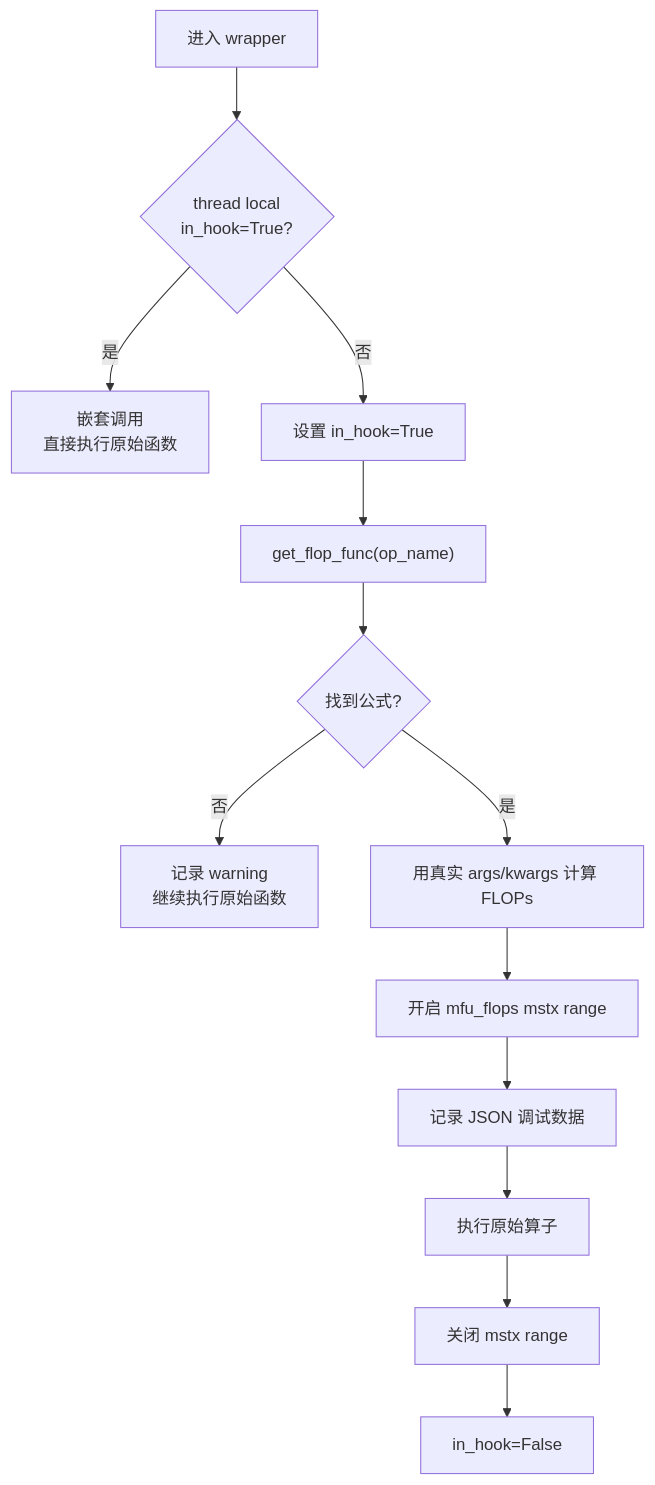
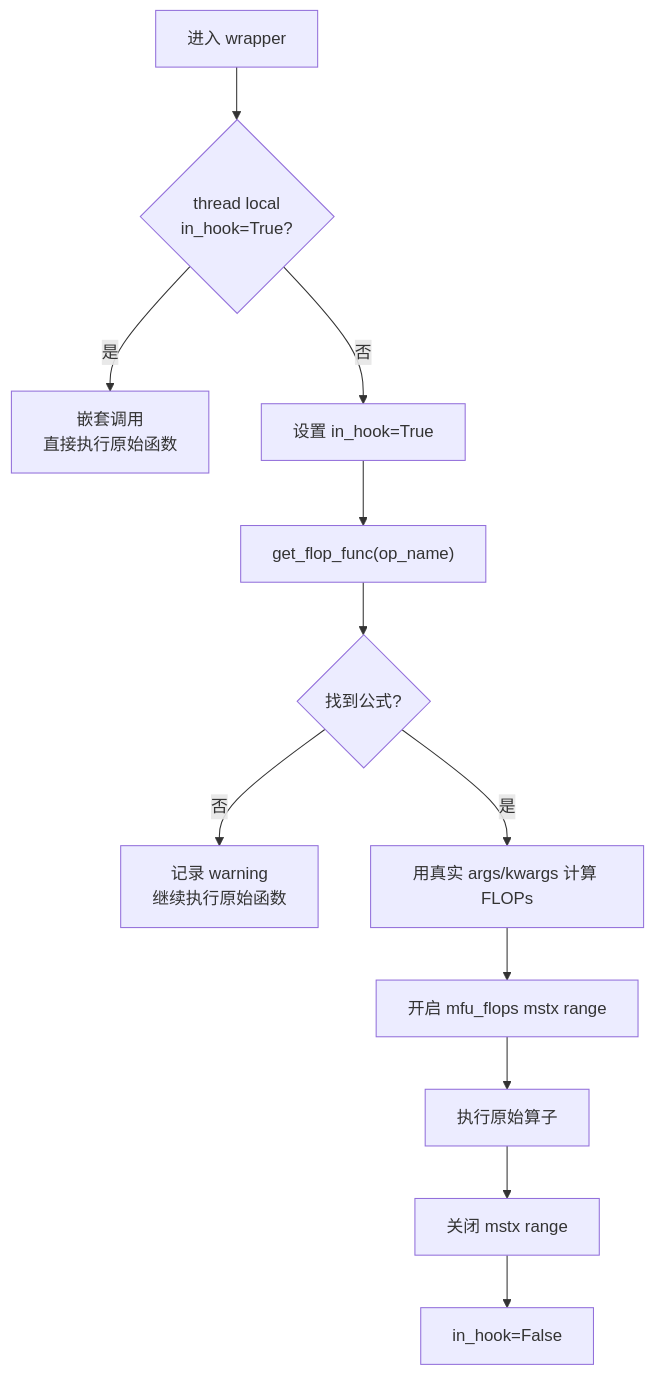
One commit to Ascend/msprof-analyze changed the sixth of 8 diagrams in docs/zh/design/MFU采集与计算重构设计文档.md. Above: the diagram before and after it, drawn with Mermaid. The commit also changed other lines of this file and 16 other files, not shown here.

````diff
--- a/docs/zh/design/MFU采集与计算重构设计文档.md
+++ b/docs/zh/design/MFU采集与计算重构设计文档.md
@@ -238,15 +236,14 @@
 ```mermaid
 flowchart TD
     H1["进入 wrapper"] --> H2{"thread local<br/>in_hook=True?"}
     H2 -->|是| H3["嵌套调用<br/>直接执行原始函数"]
     H2 -->|否| H4["设置 in_hook=True"]
     H4 --> H5["get_flop_func(op_name)"]
     H5 --> H6{"找到公式?"}
     H6 -->|否| H7["记录 warning<br/>继续执行原始函数"]
     H6 -->|是| H8["用真实 args/kwargs 计算 FLOPs"]
     H8 --> H9["开启 mfu_flops mstx range"]
-    H9 --> H10["记录 JSON 调试数据"]
-    H10 --> H11["执行原始算子"]
-    H11 --> H12["关闭 mstx range"]
-    H12 --> H13["in_hook=False"]
+    H9 --> H10["执行原始算子"]
+    H10 --> H11["关闭 mstx range"]
+    H11 --> H12["in_hook=False"]
 ```
````
